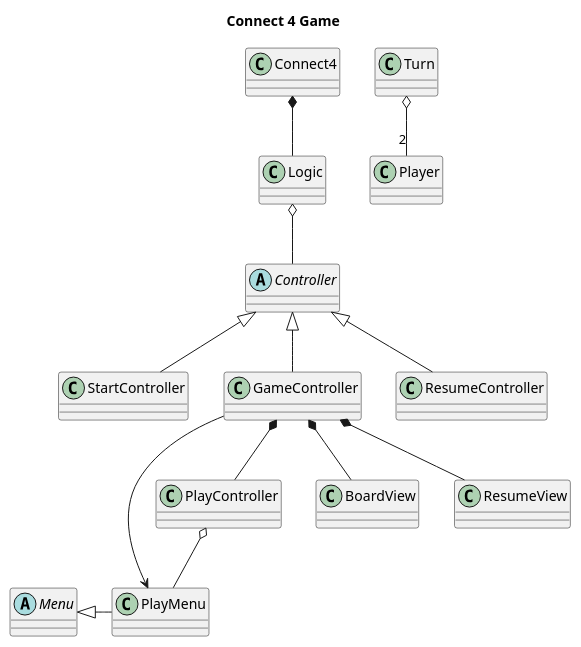
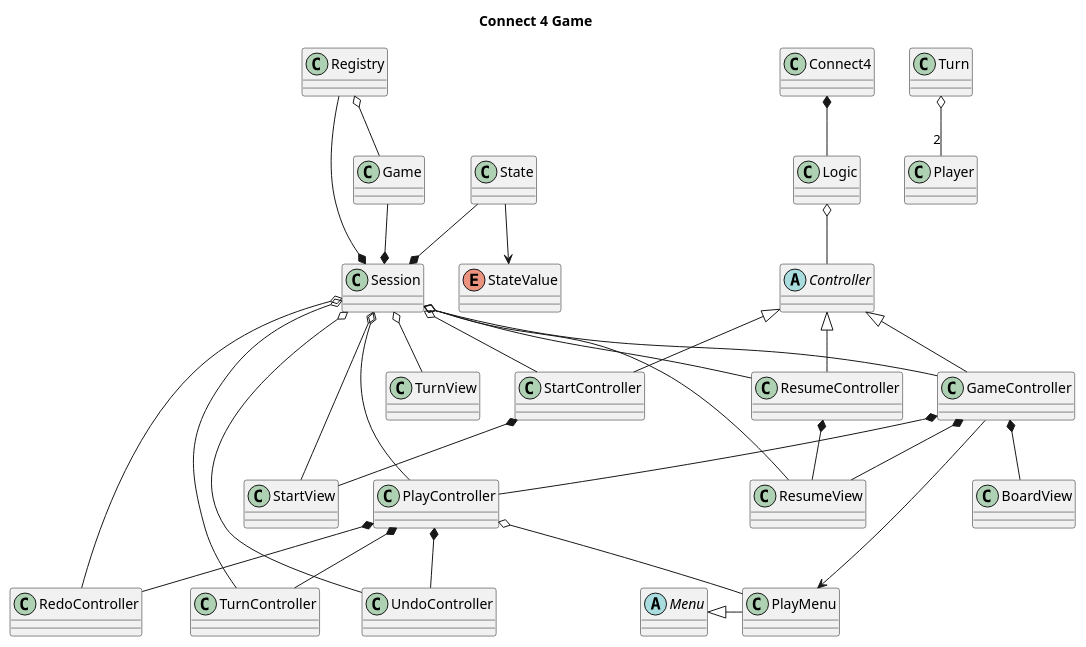
One commit to marcmorente/connect4game changed the diagram in docs/connect4game.puml. Above: the diagram before and after it, drawn with PlantUML.

Commit message:
docs in progress

```diff
--- a/docs/connect4game.puml
+++ b/docs/connect4game.puml
@@ -1,34 +1,64 @@
 @startuml Connect4game
 
 skinparam classAttributeIconSize 0
 title Connect 4 Game
 class Connect4
+class Turn
 class Logic
+class Session
+class Registry
+class State
+class Game
+enum StateValue
 abstract class Controller
 class StartController
 class GameController
 class PlayController
+class TurnController
+class UndoController
+class RedoController
 class ResumeController
 class BoardView
 class ResumeView
+class StartView
 abstract class Menu
 class PlayMenu
 
 
 Connect4 *-- Logic
 Logic o-- Controller
 Controller <|-- StartController
 Controller <|-- GameController
 Controller <|-- ResumeController
+ResumeController *-- ResumeView
 Menu <|- PlayMenu
-
+State --* Session
+Game --* Session
+Registry --* Session
+State --> StateValue
+Registry o-- Game
+StartController *-- StartView
 GameController *-- PlayController
 GameController *-- BoardView
 GameController *-- ResumeView
 GameController --> PlayMenu
 PlayController o-- PlayMenu
+PlayController *-- TurnController
+PlayController *-- UndoController
+PlayController *-- RedoController
+Session o-- StartController
+Session o-- GameController
+Session o-- ResumeController
+Session o-- TurnController
+Session o-- UndoController
+Session o-- RedoController
+Session o-- PlayController
+Session o-- StartView
+Session o-- ResumeView
+Session o-- TurnView
+
 
 Turn o-- "2" Player
 
 
 @enduml
```
